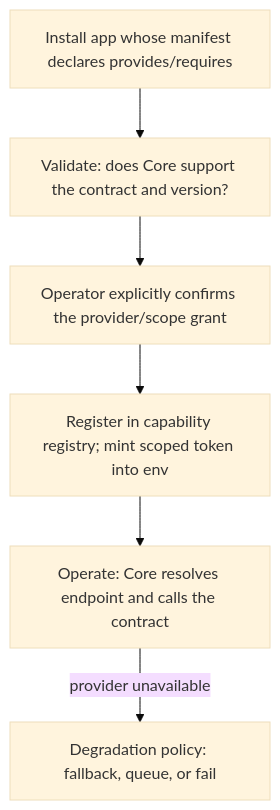
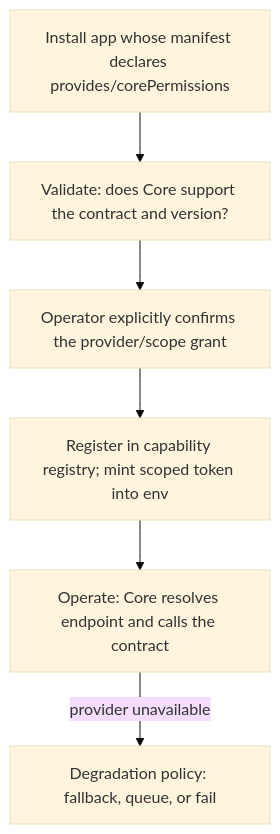
One commit to alex-de-haas/docker-host changed the second of 3 diagrams in docs/features/core-extension-model/plan.md. Above: the diagram before and after it, drawn with Mermaid (base theme). The commit also changed other lines of this file and 5 other files, not shown here.

````diff
--- a/docs/features/core-extension-model/plan.md
+++ b/docs/features/core-extension-model/plan.md
@@ -156,8 +159,8 @@
 ```mermaid
 flowchart TB
-  A["Install app whose manifest declares provides/requires"] --> B["Validate: does Core support the contract and version?"]
+  A["Install app whose manifest declares provides/corePermissions"] --> B["Validate: does Core support the contract and version?"]
   B --> C["Operator explicitly confirms the provider/scope grant"]
   C --> D["Register in capability registry; mint scoped token into env"]
   D --> E["Operate: Core resolves endpoint and calls the contract"]
   E -->|provider unavailable| F["Degradation policy: fallback, queue, or fail"]
 ```
````
